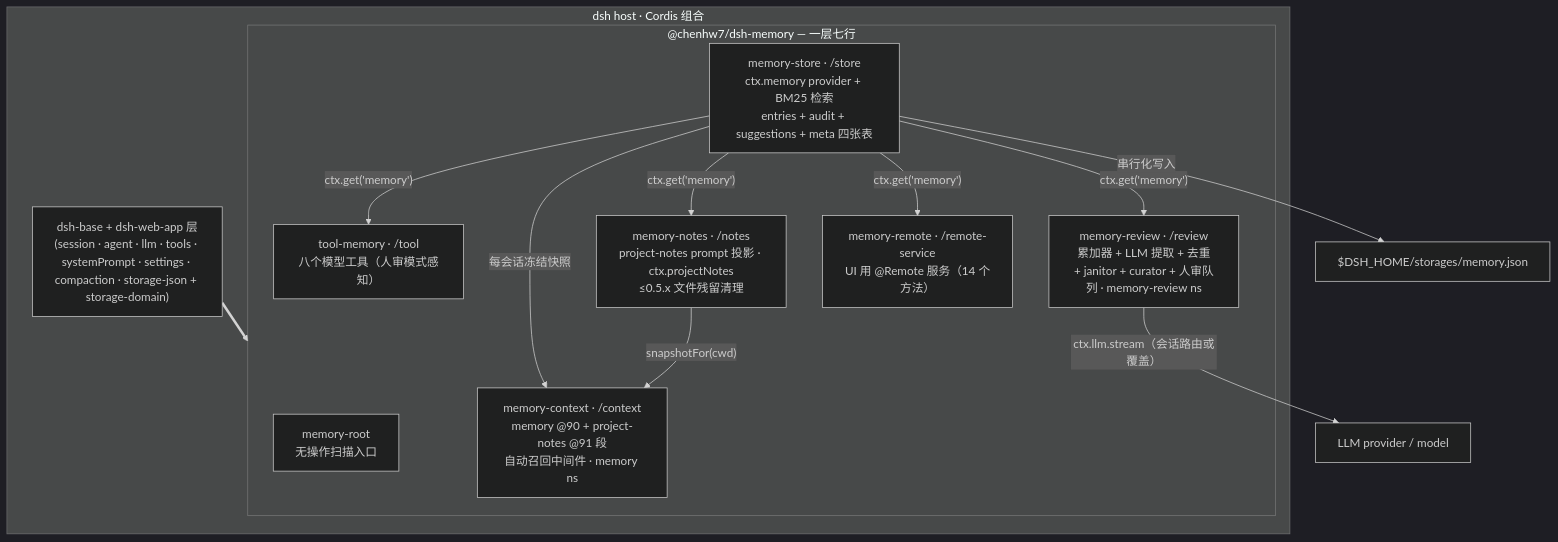
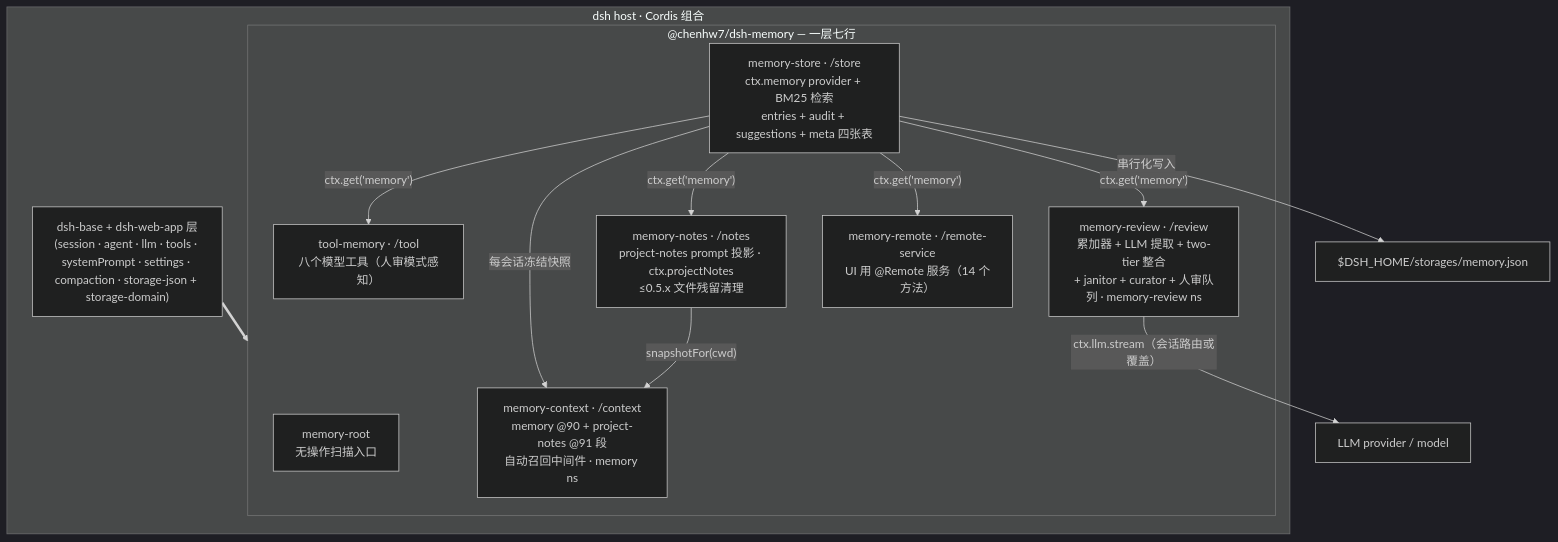
Before and after one commit to chenhw7/dsh-memory: the first of 3 diagrams in docs/TECH_DESIGN.zh.md, drawn with Mermaid (dark theme). The commit also changed other lines of this file and 15 other files, not shown here.

````diff
--- a/docs/TECH_DESIGN.zh.md
+++ b/docs/TECH_DESIGN.zh.md
@@ -102,24 +102,24 @@
 ```mermaid
 flowchart TB
   subgraph host["dsh host · Cordis 组合"]
     base["dsh-base + dsh-web-app 层<br/>(session · agent · llm · tools · systemPrompt · settings · compaction · storage-json + storage-domain)"]
     subgraph bundle["@chenhw7/dsh-memory — 一层七行"]
       root["memory-root<br/>无操作扫描入口"]
       store["memory-store · /store<br/>ctx.memory provider + BM25 检索<br/>entries + audit + suggestions + meta 四张表"]
       tool["tool-memory · /tool<br/>八个模型工具（人审模式感知）"]
-      review["memory-review · /review<br/>累加器 + LLM 提取 + 去重<br/>+ janitor + curator + 人审队列 · memory-review ns"]
+      review["memory-review · /review<br/>累加器 + LLM 提取 + two-tier 整合<br/>+ janitor + curator + 人审队列 · memory-review ns"]
       notes["memory-notes · /notes<br/>project-notes prompt 投影 · ctx.projectNotes<br/>≤0.5.x 文件残留清理"]
       context["memory-context · /context<br/>memory @90 + project-notes @91 段<br/>自动召回中间件 · memory ns"]
       remote["memory-remote · /remote-service<br/>UI 用 @Remote 服务（14 个方法）"]
     end
   end
   base ==> bundle
   store -- "ctx.get('memory')" --> tool
   store -- "ctx.get('memory')" --> review
   store -- "每会话冻结快照" --> context
   store -- "ctx.get('memory')" --> notes
   store -- "ctx.get('memory')" --> remote
   review -- "ctx.llm.stream（会话路由或覆盖）" --> llm["LLM provider / model"]
   notes -- "snapshotFor(cwd)" --> context
   store -- "串行化写入" --> json["$DSH_HOME/storages/memory.json"]
 ```
````
